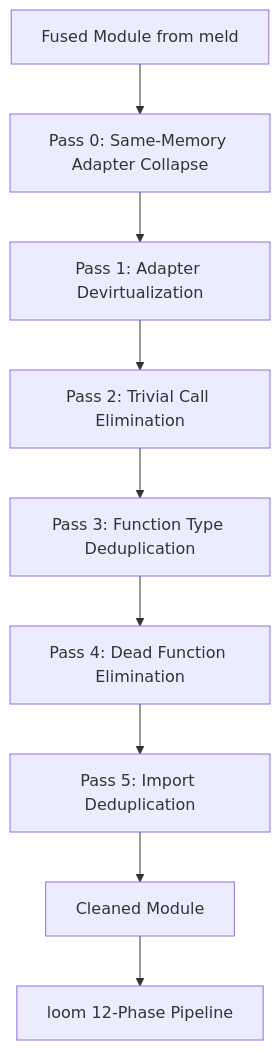
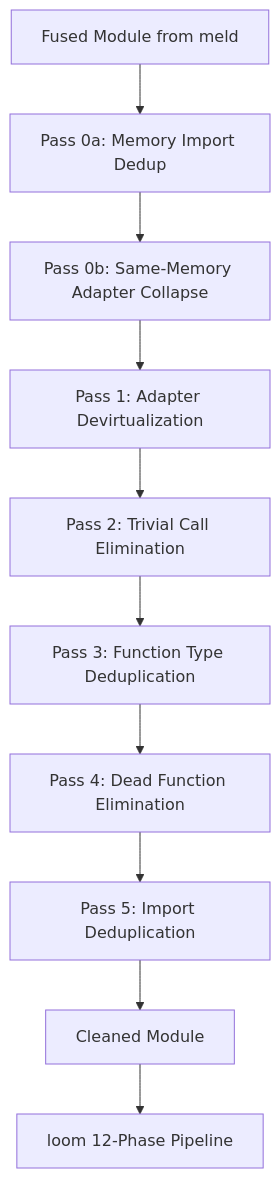
One commit to pulseengine/loom changed the fifth of 8 diagrams in docs/design/fused-component-optimization.md. Above: the diagram before and after it, drawn with Mermaid. The commit also changed other lines of this file and 8 other files, not shown here.

First line of the commit message:
feat: add memory index tracking to all load/store instructions and generalize multi-memory adapter collapse

````diff
--- a/docs/design/fused-component-optimization.md
+++ b/docs/design/fused-component-optimization.md
@@ -126,11 +126,12 @@
 ```mermaid
 flowchart TD
-    Input[Fused Module from meld] --> P0
-    P0["Pass 0: Same-Memory Adapter Collapse"] --> P1
+    Input[Fused Module from meld] --> P0a
+    P0a["Pass 0a: Memory Import Dedup"] --> P0b
+    P0b["Pass 0b: Same-Memory Adapter Collapse"] --> P1
     P1["Pass 1: Adapter Devirtualization"] --> P2
     P2["Pass 2: Trivial Call Elimination"] --> P3
     P3["Pass 3: Function Type Deduplication"] --> P4
     P4["Pass 4: Dead Function Elimination"] --> P5
     P5["Pass 5: Import Deduplication"] --> Output
     Output[Cleaned Module] --> Standard["loom 12-Phase Pipeline"]
 ```
````
